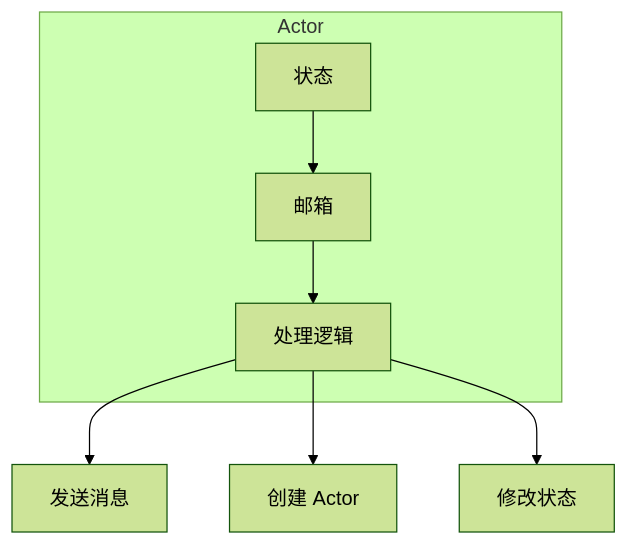
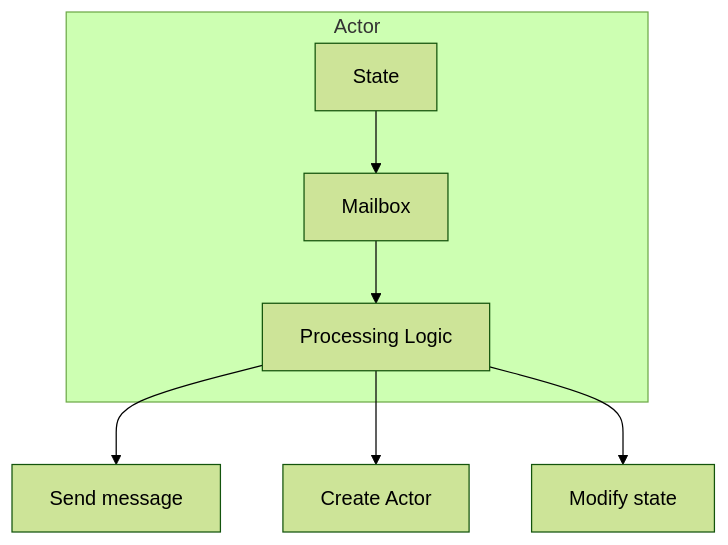
The first of 2 diagrams in docs/architecture/actor-model.md (cuihairu/skynet), drawn with Mermaid (forest theme) before and after one commit. The commit also changed other lines of this file and 86 other files, not shown here.

````diff
--- a/docs/architecture/actor-model.md
+++ b/docs/architecture/actor-model.md
@@ -23,15 +23,15 @@
 ```mermaid
 graph TB
     subgraph Actor
-        State[状态]
-        Mailbox[邮箱]
-        Logic[处理逻辑]
+        State[State]
+        Mailbox[Mailbox]
+        Logic[Processing Logic]
         
         State --> Mailbox
         Mailbox --> Logic
     end
     
-    Logic --> A[发送消息]
-    Logic --> B[创建 Actor]
-    Logic --> C[修改状态]
+    Logic --> A[Send message]
+    Logic --> B[Create Actor]
+    Logic --> C[Modify state]
 ```
````
